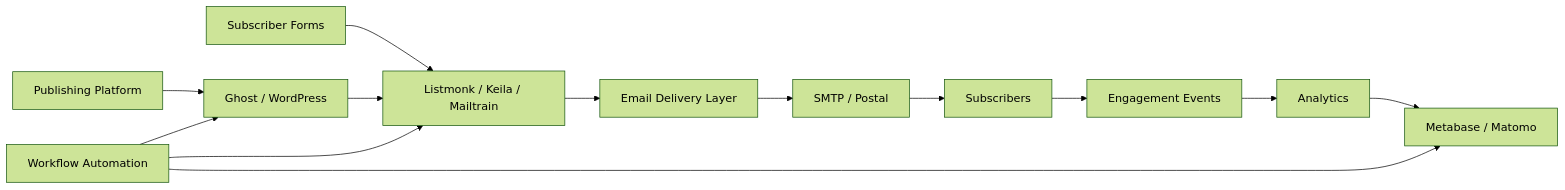
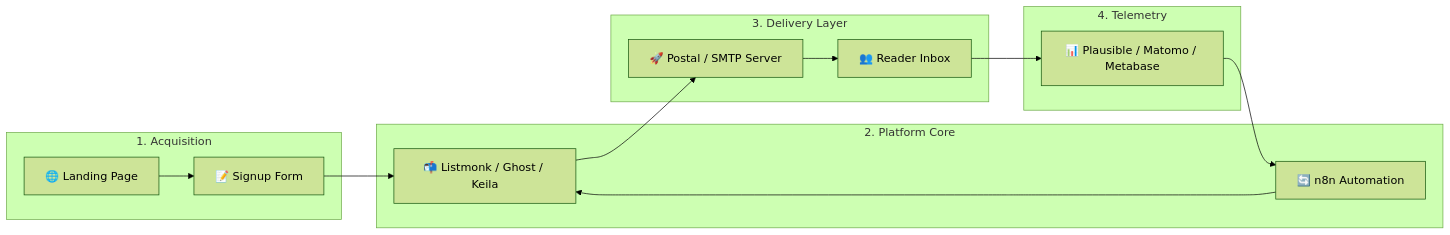
Before and after one commit to ishandutta2007/Awesome-Newsletter-Platform: the second of 2 diagrams in README.md, drawn with Mermaid (forest theme). The commit also changed other lines of this file and 1 other file, not shown here.

````diff
--- a/README.md
+++ b/README.md
@@ -673,47 +401,21 @@
 ```mermaid
+flowchart LR
+    subgraph Capture["1. Acquisition"]
+        A[🌐 Landing Page] --> B[📝 Signup Form]
+    end
 
-flowchart LR
+    subgraph Core["2. Platform Core"]
+        B --> C[📬 Listmonk / Ghost / Keila]
+        D[🔄 n8n Automation] --> C
+    end
 
-    A[Publishing Platform] --> B[Ghost / WordPress]
+    subgraph Infrastructure["3. Delivery Layer"]
+        C --> E[🚀 Postal / SMTP Server]
+        E --> F[👥 Reader Inbox]
+    end
 
-
-
-    C[Subscriber Forms] --> D[Newsletter Platform]
-
-
-
-    B --> D
-
-
-
-    D[Listmonk / Keila / Mailtrain] --> E[Email Delivery Layer]
-
-
-
-    E --> F[SMTP / Postal]
-
-
-
-    F --> G[Subscribers]
-
-
-
-    G --> H[Engagement Events]
-
-
-
-    H --> I[Analytics]
-
-
-
-    I --> J[Metabase / Matomo]
-
-
-
-    K[Workflow Automation] --> D
-
-    K --> B
-
-    K --> J
-
+    subgraph AnalyticsLayer["4. Telemetry"]
+        F --> G[📊 Plausible / Matomo / Metabase]
+        G --> D
+    end
 ```
````
